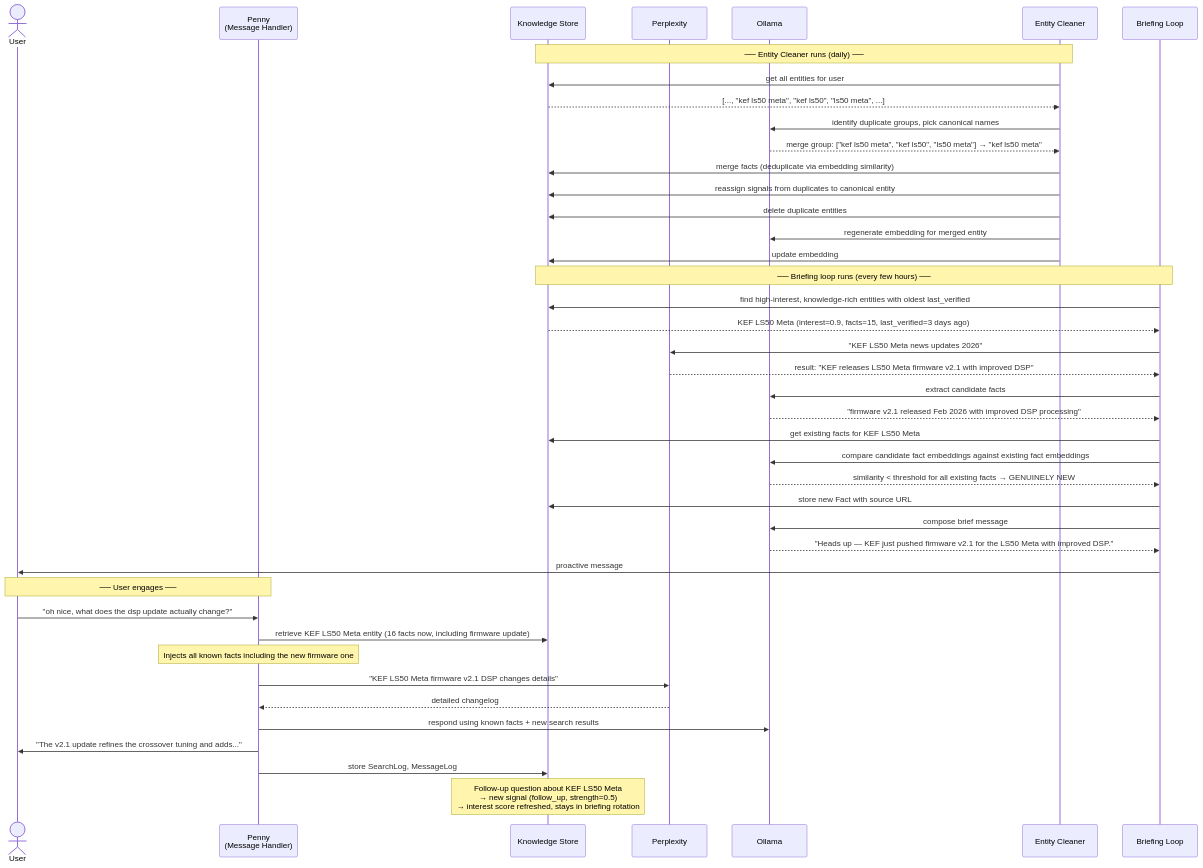
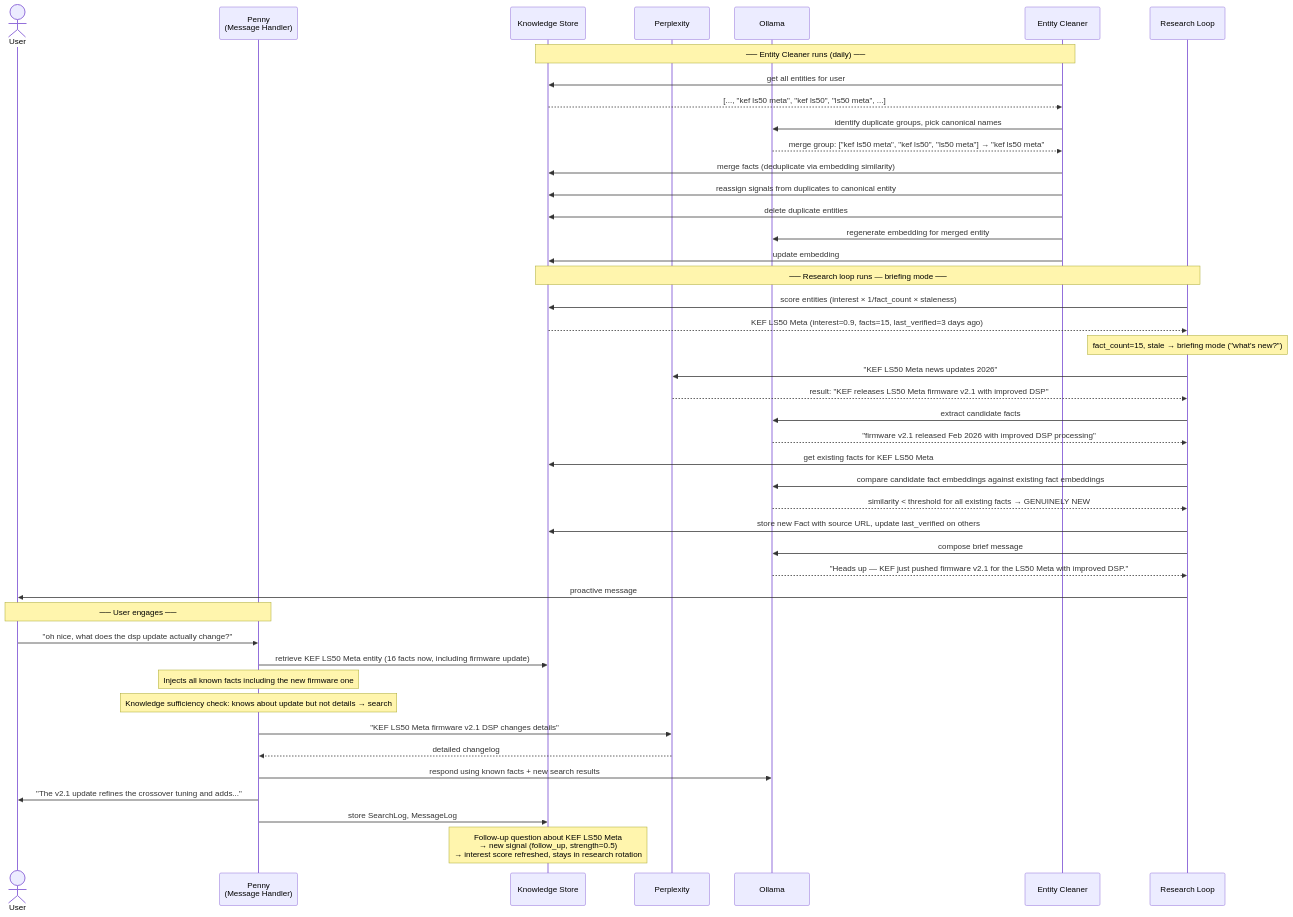
One commit to jaredlockhart/penny changed the third of 6 diagrams in docs/knowledge-system-flows.md. Above: the diagram before and after it, drawn with Mermaid. The commit also changed other lines of this file and 1 other file, not shown here.

First line of the commit message:
docs: update knowledge system plan and flows for review findings

````diff
--- a/docs/knowledge-system-flows.md
+++ b/docs/knowledge-system-flows.md
@@ -170,51 +176,53 @@
 ```mermaid
 sequenceDiagram
     actor User
     participant Penny as Penny<br/>(Message Handler)
     participant DB as Knowledge Store
     participant Search as Perplexity
     participant LLM as Ollama
     participant Clean as Entity Cleaner
-    participant Brief as Briefing Loop
+    participant Research as Research Loop
 
     Note over Clean,DB: ── Entity Cleaner runs (daily) ──
 
     Clean->>DB: get all entities for user
     DB-->>Clean: [..., "kef ls50 meta", "kef ls50", "ls50 meta", ...]
     Clean->>LLM: identify duplicate groups, pick canonical names
     LLM-->>Clean: merge group: ["kef ls50 meta", "kef ls50", "ls50 meta"] → "kef ls50 meta"
     Clean->>DB: merge facts (deduplicate via embedding similarity)
     Clean->>DB: reassign signals from duplicates to canonical entity
     Clean->>DB: delete duplicate entities
     Clean->>LLM: regenerate embedding for merged entity
     Clean->>DB: update embedding
 
-    Note over Brief,DB: ── Briefing loop runs (every few hours) ──
+    Note over Research,DB: ── Research loop runs — briefing mode ──
 
-    Brief->>DB: find high-interest, knowledge-rich entities with oldest last_verified
-    DB-->>Brief: KEF LS50 Meta (interest=0.9, facts=15, last_verified=3 days ago)
-    Brief->>Search: "KEF LS50 Meta news updates 2026"
-    Search-->>Brief: result: "KEF releases LS50 Meta firmware v2.1 with improved DSP"
-    Brief->>LLM: extract candidate facts
-    LLM-->>Brief: "firmware v2.1 released Feb 2026 with improved DSP processing"
-    Brief->>DB: get existing facts for KEF LS50 Meta
-    Brief->>LLM: compare candidate fact embeddings against existing fact embeddings
-    LLM-->>Brief: similarity < threshold for all existing facts → GENUINELY NEW
-    Brief->>DB: store new Fact with source URL
-    Brief->>LLM: compose brief message
-    LLM-->>Brief: "Heads up — KEF just pushed firmware v2.1 for the LS50 Meta with improved DSP."
-    Brief->>User: proactive message
+    Research->>DB: score entities (interest × 1/fact_count × staleness)
+    DB-->>Research: KEF LS50 Meta (interest=0.9, facts=15, last_verified=3 days ago)
+    Note over Research: fact_count=15, stale → briefing mode ("what's new?")
+    Research->>Search: "KEF LS50 Meta news updates 2026"
+    Search-->>Research: result: "KEF releases LS50 Meta firmware v2.1 with improved DSP"
+    Research->>LLM: extract candidate facts
+    LLM-->>Research: "firmware v2.1 released Feb 2026 with improved DSP processing"
+    Research->>DB: get existing facts for KEF LS50 Meta
+    Research->>LLM: compare candidate fact embeddings against existing fact embeddings
+    LLM-->>Research: similarity < threshold for all existing facts → GENUINELY NEW
+    Research->>DB: store new Fact with source URL, update last_verified on others
+    Research->>LLM: compose brief message
+    LLM-->>Research: "Heads up — KEF just pushed firmware v2.1 for the LS50 Meta with improved DSP."
+    Research->>User: proactive message
 
     Note over User,Penny: ── User engages ──
 
     User->>Penny: "oh nice, what does the dsp update actually change?"
     Penny->>DB: retrieve KEF LS50 Meta entity (16 facts now, including firmware update)
     Note over Penny: Injects all known facts including the new firmware one
+    Note over Penny: Knowledge sufficiency check: knows about update but not details → search
     Penny->>Search: "KEF LS50 Meta firmware v2.1 DSP changes details"
     Search-->>Penny: detailed changelog
     Penny->>LLM: respond using known facts + new search results
     Penny->>User: "The v2.1 update refines the crossover tuning and adds..."
     Penny->>DB: store SearchLog, MessageLog
 
-    Note over DB: Follow-up question about KEF LS50 Meta<br/>→ new signal (follow_up, strength=0.5)<br/>→ interest score refreshed, stays in briefing rotation
+    Note over DB: Follow-up question about KEF LS50 Meta<br/>→ new signal (follow_up, strength=0.5)<br/>→ interest score refreshed, stays in research rotation
 ```
````
